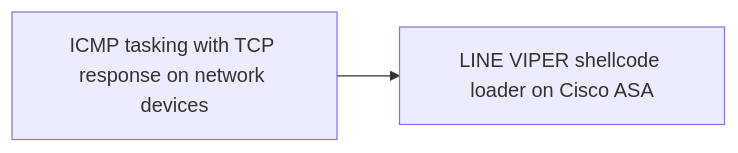
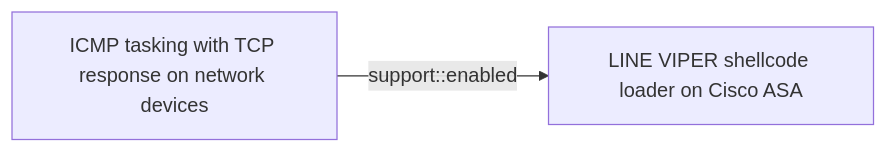
One commit to opentidehq/library changed the first of 2 diagrams in docs/threats/icmp-tasking-with-tcp-response-on-network-devices.md. Above: the diagram before and after it, drawn with Mermaid. The commit also changed other lines of this file and 277 other files, not shown here.

````diff
--- a/docs/threats/icmp-tasking-with-tcp-response-on-network-devices.md
+++ b/docs/threats/icmp-tasking-with-tcp-response-on-network-devices.md
@@ -127,6 +162,6 @@
 ```mermaid
 flowchart LR
 2a5faf22_c526_4d49_81b9_6a7b895de58b["ICMP tasking with TCP response on network devices"]
 b6175f16_2b61_4116_bd97_de54b02b197e["LINE VIPER shellcode loader on Cisco ASA"]
-2a5faf22_c526_4d49_81b9_6a7b895de58b --> b6175f16_2b61_4116_bd97_de54b02b197e
+2a5faf22_c526_4d49_81b9_6a7b895de58b -->|support::enabled| b6175f16_2b61_4116_bd97_de54b02b197e
 ```
````
